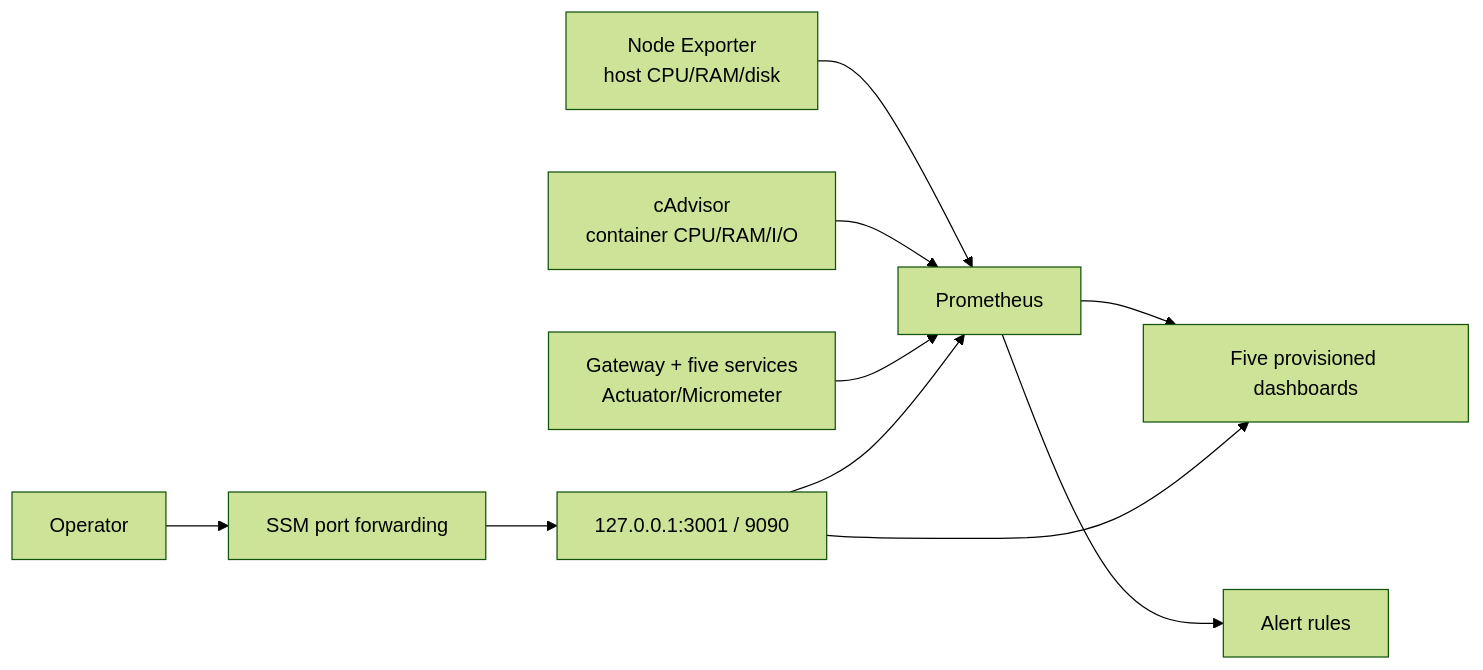
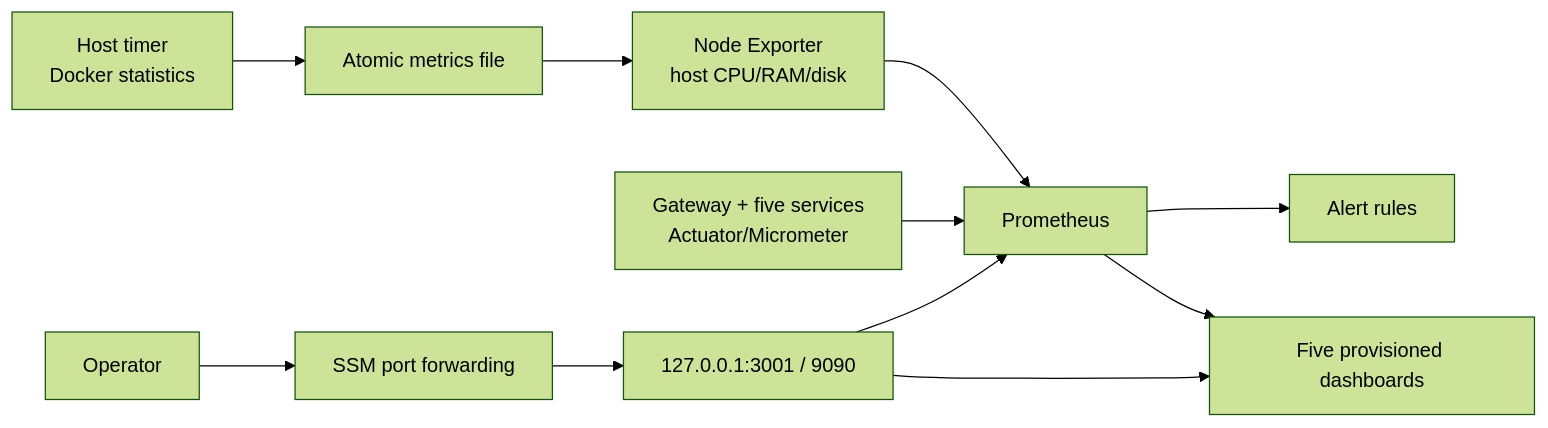
Before and after one commit to sakti69-cssoft/ShopSphere-Cloud-Native-ECommerce: the diagram in docs/MONITORING.md, drawn with Mermaid (forest theme). The commit also changed other lines of this file and 27 other files, not shown here.

````diff
--- a/docs/MONITORING.md
+++ b/docs/MONITORING.md
@@ -19,12 +26,13 @@
 ```mermaid
 flowchart LR
   Node[Node Exporter<br/>host CPU/RAM/disk] --> Prometheus
-  Cadvisor[cAdvisor<br/>container CPU/RAM/I/O] --> Prometheus
+  Timer[Host timer<br/>Docker statistics] --> File[Atomic metrics file]
+  File --> Node
   Apps[Gateway + five services<br/>Actuator/Micrometer] --> Prometheus
   Prometheus --> Rules[Alert rules]
   Prometheus --> Grafana[Five provisioned dashboards]
   Operator[Operator] --> SSM[SSM port forwarding]
   SSM --> Loopback[127.0.0.1:3001 / 9090]
   Loopback --> Grafana
   Loopback --> Prometheus
 ```
````
